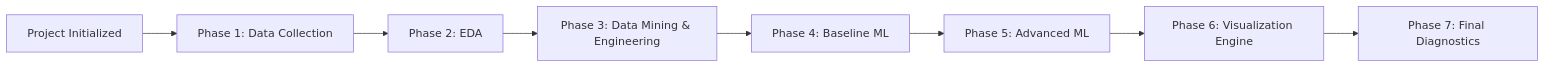
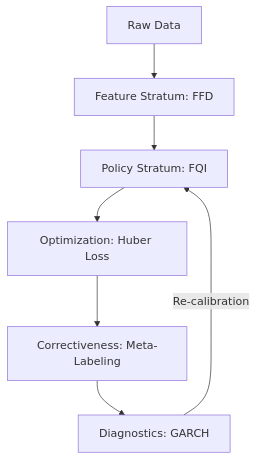
One commit to yashiigupta/stalker changed the second of 2 diagrams in docs/literature_review.md. Above: the diagram before and after it, drawn with Mermaid. The commit also changed other lines of this file and 3 other files, not shown here.

Commit message:
fix: quote mermaid labels for mmdc compatibility

````diff
--- a/docs/literature_review.md
+++ b/docs/literature_review.md
@@ -70,10 +51,9 @@
 ```mermaid
-graph LR
-    A[Project Initialized] --> B[Phase 1: Data Collection]
-    B --> C[Phase 2: EDA]
-    C --> D[Phase 3: Data Mining & Engineering]
-    D --> E[Phase 4: Baseline ML]
-    E --> F[Phase 5: Advanced ML]
-    F --> G[Phase 6: Visualization Engine]
-    G --> H[Phase 7: Final Diagnostics]
+graph TD
+    A[Raw Data] --> B[Feature Stratum: FFD]
+    B --> C[Policy Stratum: FQI]
+    C --> D[Optimization: Huber Loss]
+    D --> E[Correctiveness: Meta-Labeling]
+    E --> F[Diagnostics: GARCH]
+    F -- Re-calibration --> C
 ```
````
